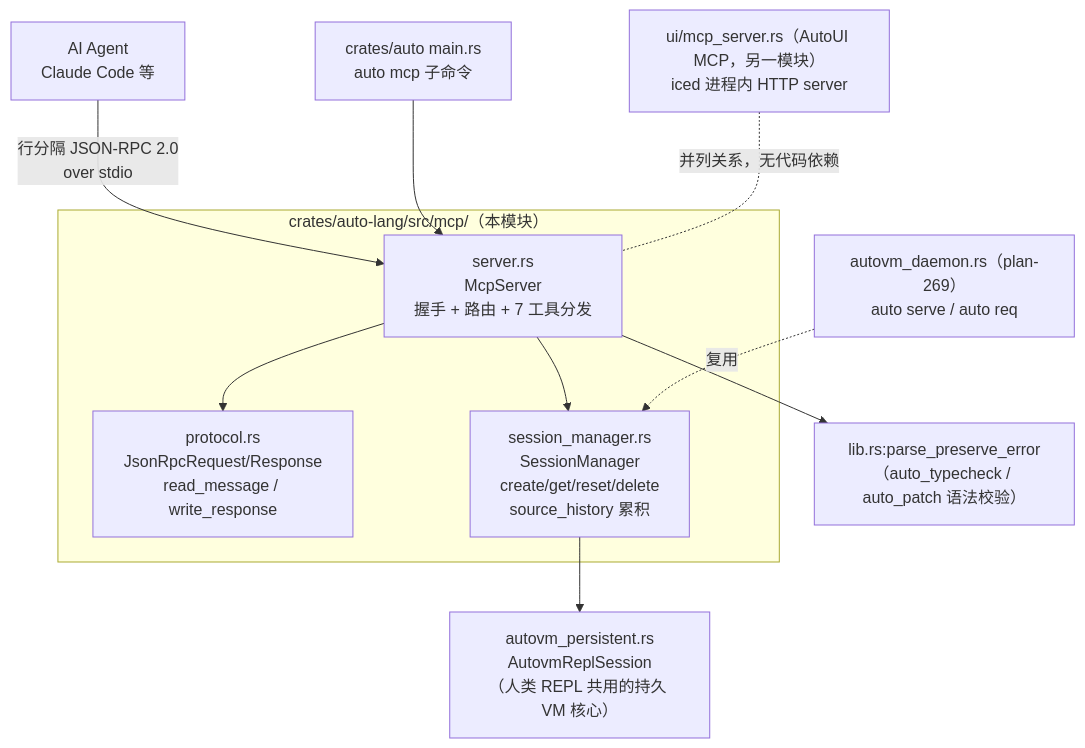
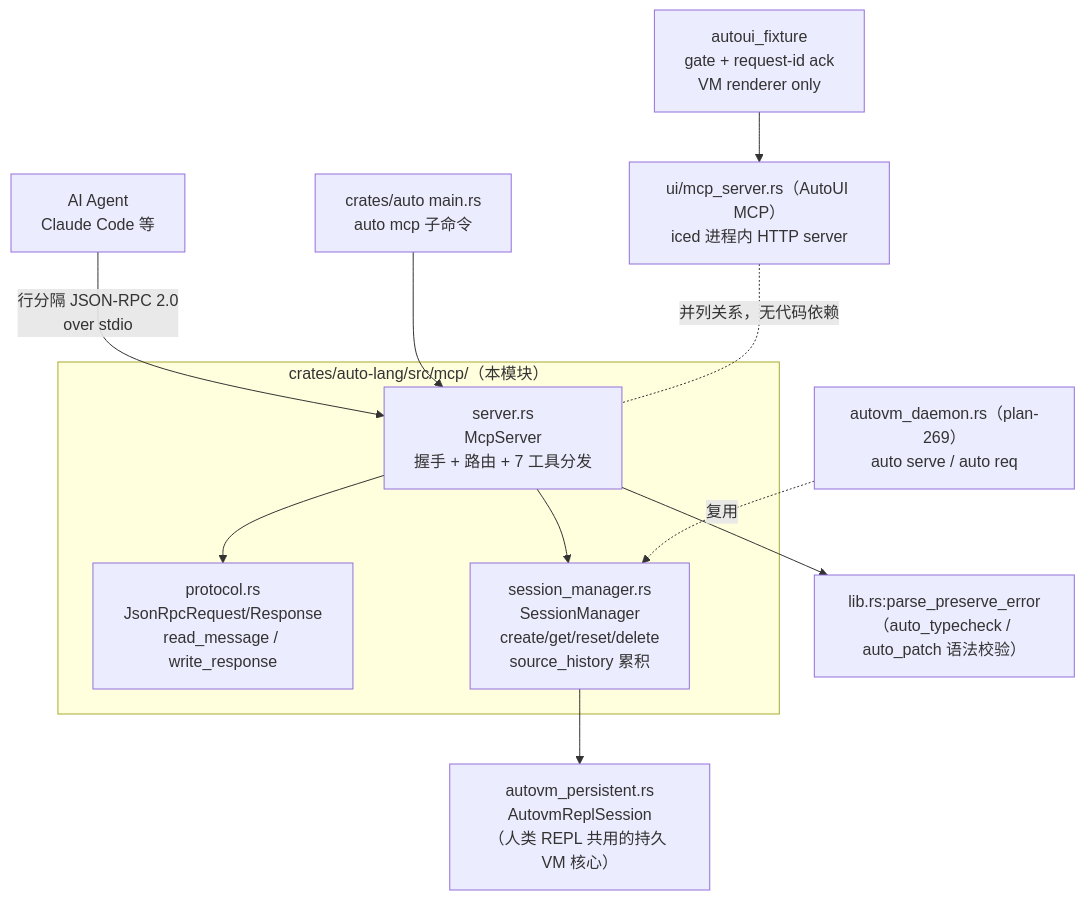
The diagram in docs/specs/auto-lang/mcp/architecture.md (auto-stack/auto-lang), drawn with Mermaid before and after one commit. The commit also changed other lines of this file and 6 other files, not shown here.

Commit message:
feat(ui): add gated AutoUI MCP fixture injection

````diff
--- a/docs/specs/auto-lang/mcp/architecture.md
+++ b/docs/specs/auto-lang/mcp/architecture.md
@@ -5,20 +5,21 @@
 ```mermaid
 graph TD
     Agent[AI Agent<br/>Claude Code 等] -->|行分隔 JSON-RPC 2.0<br/>over stdio| Srv
 
     subgraph mcp["crates/auto-lang/src/mcp/（本模块）"]
         Srv["server.rs<br/>McpServer<br/>握手 + 路由 + 7 工具分发"]
         Proto["protocol.rs<br/>JsonRpcRequest/Response<br/>read_message / write_response"]
         SMgr["session_manager.rs<br/>SessionManager<br/>create/get/reset/delete<br/>source_history 累积"]
         Srv --> Proto
         Srv --> SMgr
     end
 
     SMgr --> Repl["autovm_persistent.rs<br/>AutovmReplSession<br/>（人类 REPL 共用的持久 VM 核心）"]
     Srv --> Parse["lib.rs:parse_preserve_error<br/>（auto_typecheck / auto_patch 语法校验）"]
 
     Daemon["autovm_daemon.rs（plan-269）<br/>auto serve / auto req"] -.复用.-> SMgr
     CLI["crates/auto main.rs<br/>auto mcp 子命令"] --> Srv
 
-    UiMcp["ui/mcp_server.rs（AutoUI MCP，另一模块）<br/>iced 进程内 HTTP server"] -.并列关系，无代码依赖.- Srv
+    UiMcp["ui/mcp_server.rs（AutoUI MCP）<br/>iced 进程内 HTTP server"] -.并列关系，无代码依赖.- Srv
+    Fixture["autoui_fixture<br/>gate + request-id ack<br/>VM renderer only"] --> UiMcp
 ```
````
